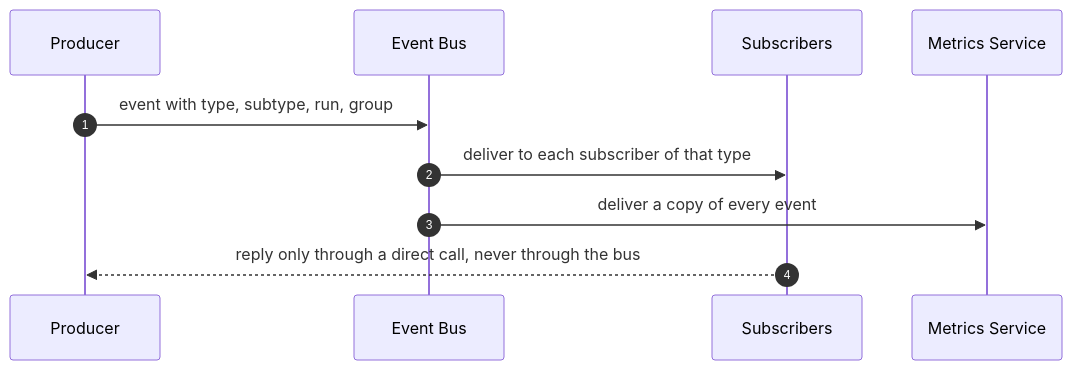
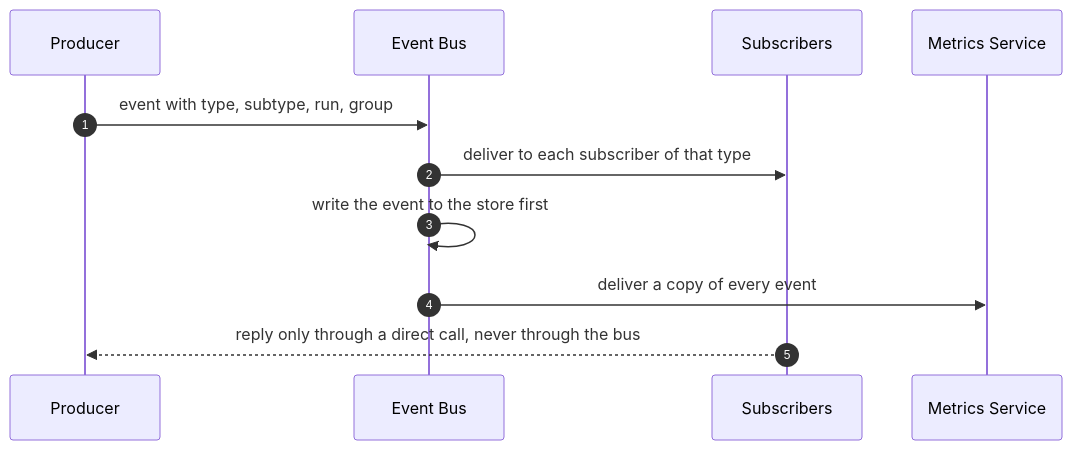
One commit to rdevitto86/komodo-agentic-harness-coding changed the fourth of 5 diagrams in docs/hld.md. Above: the diagram before and after it, drawn with Mermaid. The commit also changed other lines of this file, not shown here.

Commit message:
docs: write the owner's round-3 answers into the HLD: no next or init, the bus event store, epic branch first, heartbeats and limits

````diff
--- a/docs/hld.md
+++ b/docs/hld.md
@@ -236,12 +236,13 @@
 ```mermaid
 sequenceDiagram
   autonumber
   participant P as Producer
   participant B as Event Bus
   participant S as Subscribers
   participant M as Metrics Service
   P->>B: event with type, subtype, run, group
   B->>S: deliver to each subscriber of that type
+  B->>B: write the event to the store first
   B->>M: deliver a copy of every event
   S-->>P: reply only through a direct call, never through the bus
 ```
````
